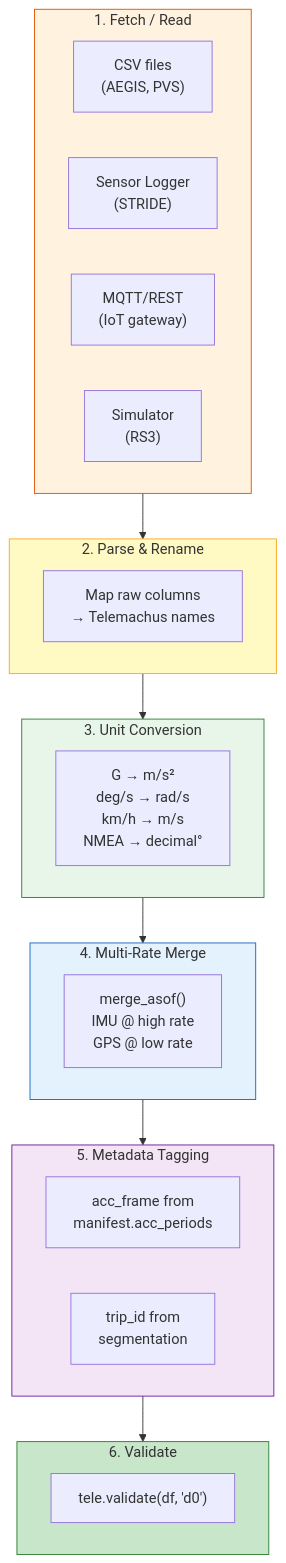
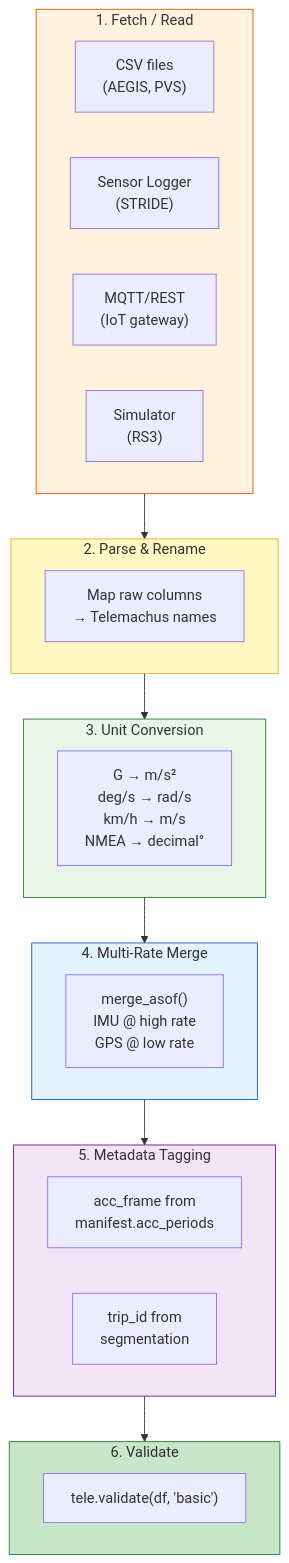
One commit to telemachus3/telemachus changed the third of 5 diagrams in spec/SPEC-03-adapters-validation.md. Above: the diagram before and after it, drawn with Mermaid. The commit also changed other lines of this file, not shown here.

Commit message:
align validation levels basic/strict in SPEC-03 examples

````diff
--- a/spec/SPEC-03-adapters-validation.md
+++ b/spec/SPEC-03-adapters-validation.md
@@ -130,39 +130,39 @@
 ```mermaid
 graph TD
     subgraph FETCH["1. Fetch / Read"]
         CSV["CSV files\n(AEGIS, PVS)"]
         SENSOR["Sensor Logger\n(STRIDE)"]
         MQTT["MQTT/REST\n(IoT gateway)"]
         SIM["Simulator\n(RS3)"]
     end
 
     subgraph PARSE["2. Parse & Rename"]
         COL["Map raw columns\n→ Telemachus names"]
     end
 
     subgraph CONVERT["3. Unit Conversion"]
         UNITS["G → m/s²\ndeg/s → rad/s\nkm/h → m/s\nNMEA → decimal°"]
     end
 
     subgraph MERGE["4. Multi-Rate Merge"]
         ASOF["merge_asof()\nIMU @ high rate\nGPS @ low rate"]
     end
 
     subgraph TAG["5. Metadata Tagging"]
         FRAME["acc_frame from\nmanifest.acc_periods"]
         TRIP["trip_id from\nsegmentation"]
     end
 
     subgraph VALIDATE["6. Validate"]
-        CHECK["tele.validate(df, 'd0')"]
+        CHECK["tele.validate(df, 'basic')"]
     end
 
     FETCH --> PARSE --> CONVERT --> MERGE --> TAG --> VALIDATE
 
     style FETCH fill:#fff3e0,stroke:#e65100
     style PARSE fill:#fff9c4,stroke:#f9a825
     style CONVERT fill:#e8f5e9,stroke:#2e7d32
     style MERGE fill:#e3f2fd,stroke:#1565c0
     style TAG fill:#f3e5f5,stroke:#6a1b9a
     style VALIDATE fill:#c8e6c9,stroke:#2e7d32
 ```
````
